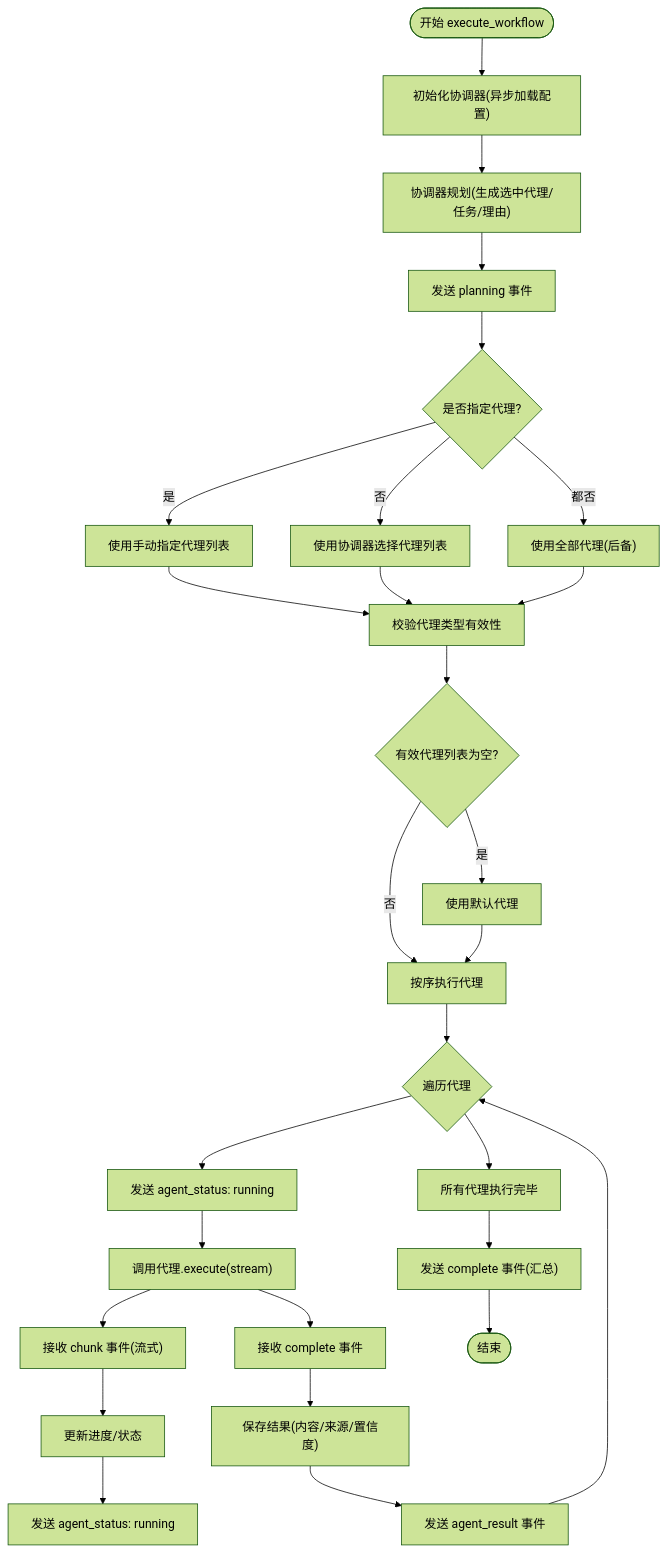
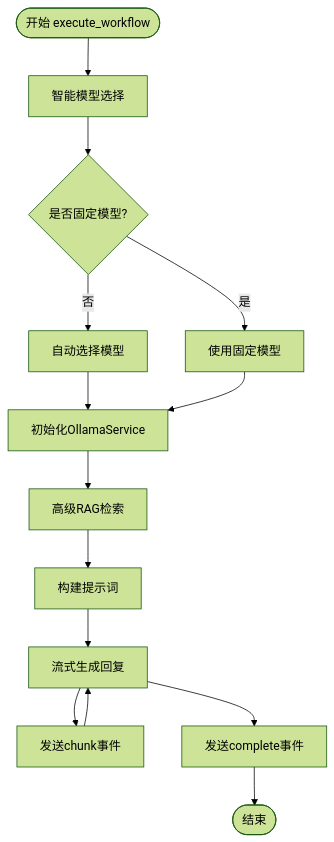
Before and after one commit to iammm0/advanced-rag: the third of 7 diagrams in .qoder/repowiki/zh/content/核心功能模块/AI代理系统/代理工作流编排.md, drawn with Mermaid (forest theme). The commit also changed other lines of this file and 12 other files, not shown here.

````diff
--- a/.qoder/repowiki/zh/content/核心功能模块/AI代理系统/代理工作流编排.md
+++ b/.qoder/repowiki/zh/content/核心功能模块/AI代理系统/代理工作流编排.md
@@ -165,30 +151,16 @@
 ```mermaid
 flowchart TD
-Start(["开始 execute_workflow"]) --> InitCoord["初始化协调器(异步加载配置)"]
-InitCoord --> Planning["协调器规划(生成选中代理/任务/理由)"]
-Planning --> EmitPlanning["发送 planning 事件"]
-EmitPlanning --> DecideAgents{"是否指定代理?"}
-DecideAgents --> |是| UseManual["使用手动指定代理列表"]
-DecideAgents --> |否| UseSelected["使用协调器选择代理列表"]
-DecideAgents --> |都否| Fallback["使用全部代理(后备)"]
-UseManual --> Validate["校验代理类型有效性"]
-UseSelected --> Validate
-Fallback --> Validate
-Validate --> ValidList{"有效代理列表为空?"}
-ValidList --> |是| DefaultAgent["使用默认代理"]
-ValidList --> |否| ExecOrder["按序执行代理"]
-DefaultAgent --> ExecOrder
-ExecOrder --> LoopExec{"遍历代理"}
-LoopExec --> SendRunning["发送 agent_status: running"]
-SendRunning --> CallAgent["调用代理.execute(stream)"]
-CallAgent --> OnChunk["接收 chunk 事件(流式)"]
-OnChunk --> UpdateProgress["更新进度/状态"]
-UpdateProgress --> SendStatus["发送 agent_status: running"]
-CallAgent --> OnComplete["接收 complete 事件"]
-OnComplete --> SaveResult["保存结果(内容/来源/置信度)"]
-SaveResult --> SendResult["发送 agent_result 事件"]
-SendResult --> LoopExec
-LoopExec --> DoneExec["所有代理执行完毕"]
-DoneExec --> EmitComplete["发送 complete 事件(汇总)"]
+Start(["开始 execute_workflow"]) --> ModelSel["智能模型选择"]
+ModelSel --> CheckFixed{"是否固定模型?"}
+CheckFixed --> |是| UseFixed["使用固定模型"]
+CheckFixed --> |否| AutoSelect["自动选择模型"]
+AutoSelect --> InitOllama["初始化OllamaService"]
+UseFixed --> InitOllama
+InitOllama --> RAGSearch["高级RAG检索"]
+RAGSearch --> BuildPrompt["构建提示词"]
+BuildPrompt --> StreamGen["流式生成回复"]
+StreamGen --> EmitChunk["发送chunk事件"]
+StreamGen --> EmitComplete["发送complete事件"]
+EmitChunk --> StreamGen
 EmitComplete --> End(["结束"])
 ```
````
